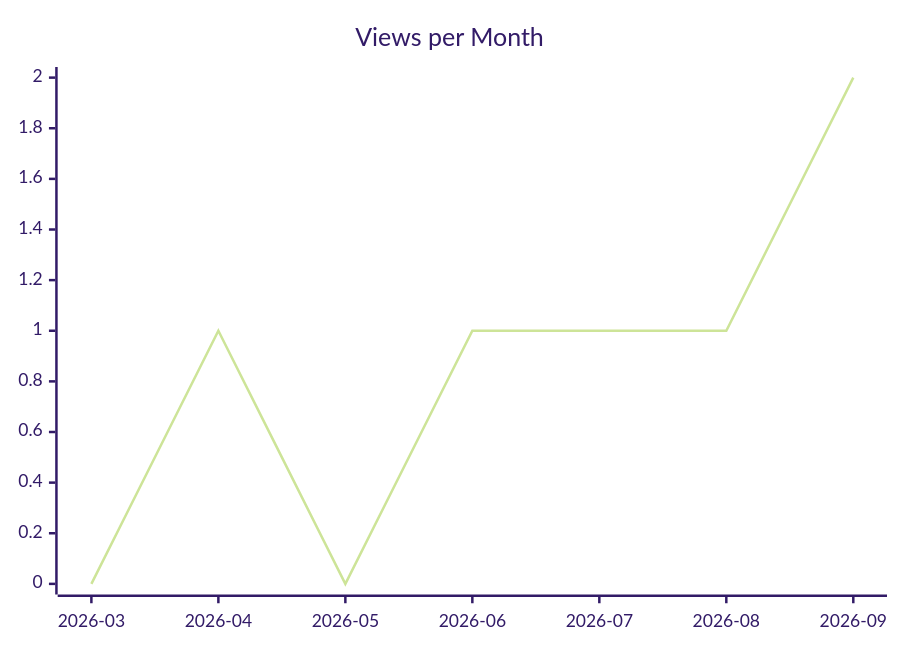
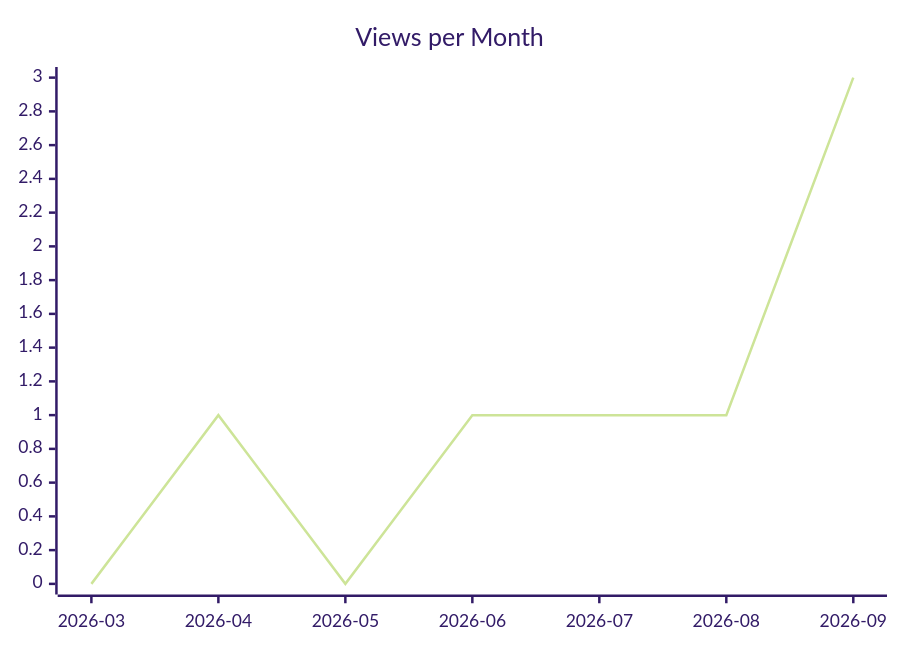
One commit to justdavis-family/github-analytics-data changed the second of 3 diagrams in karlmdavis/ansible-role-rcm-dotfiles/README.md. Above: the diagram before and after it, drawn with Mermaid (forest theme). The commit also changed other lines of this file and 185 other files, not shown here.

````diff
--- a/karlmdavis/ansible-role-rcm-dotfiles/README.md
+++ b/karlmdavis/ansible-role-rcm-dotfiles/README.md
@@ -12,6 +12,6 @@
 ```mermaid
 xychart-beta
   title "Views per Month"
   x-axis ["2026-03", "2026-04", "2026-05", "2026-06", "2026-07", "2026-08", "2026-09"]
-  line [0, 1, 0, 1, 1, 1, 2]
+  line [0, 1, 0, 1, 1, 1, 3]
 ```
````
